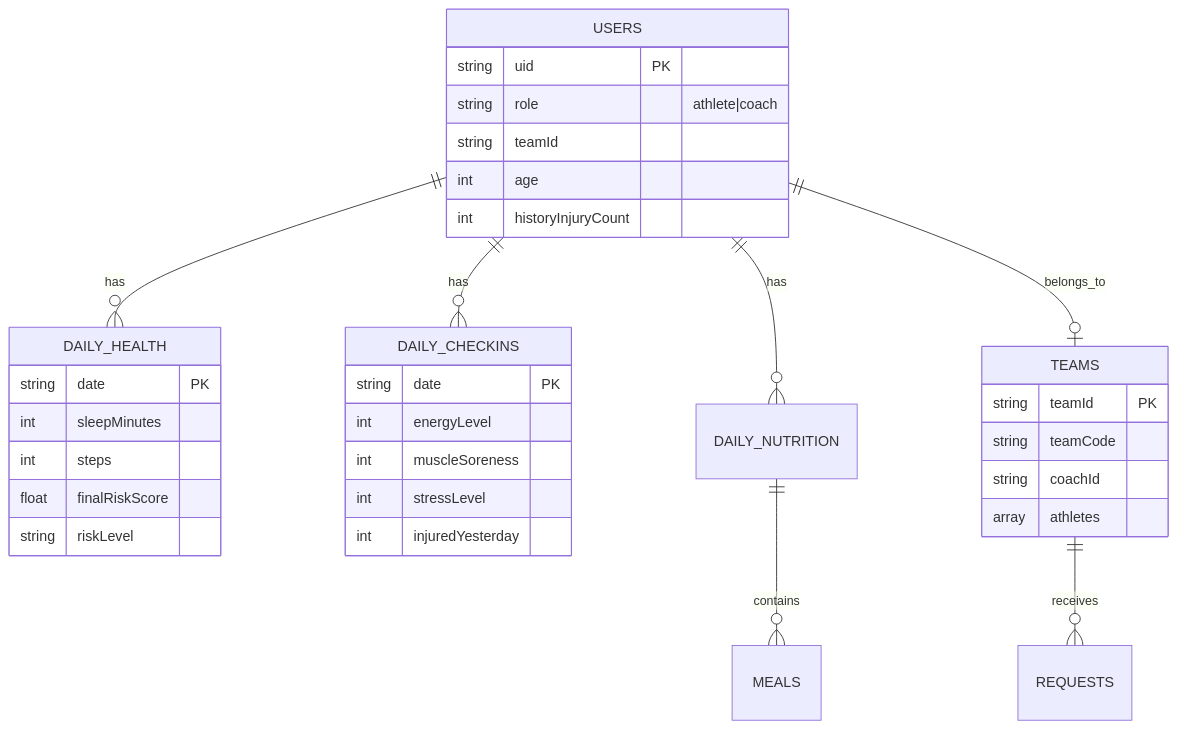
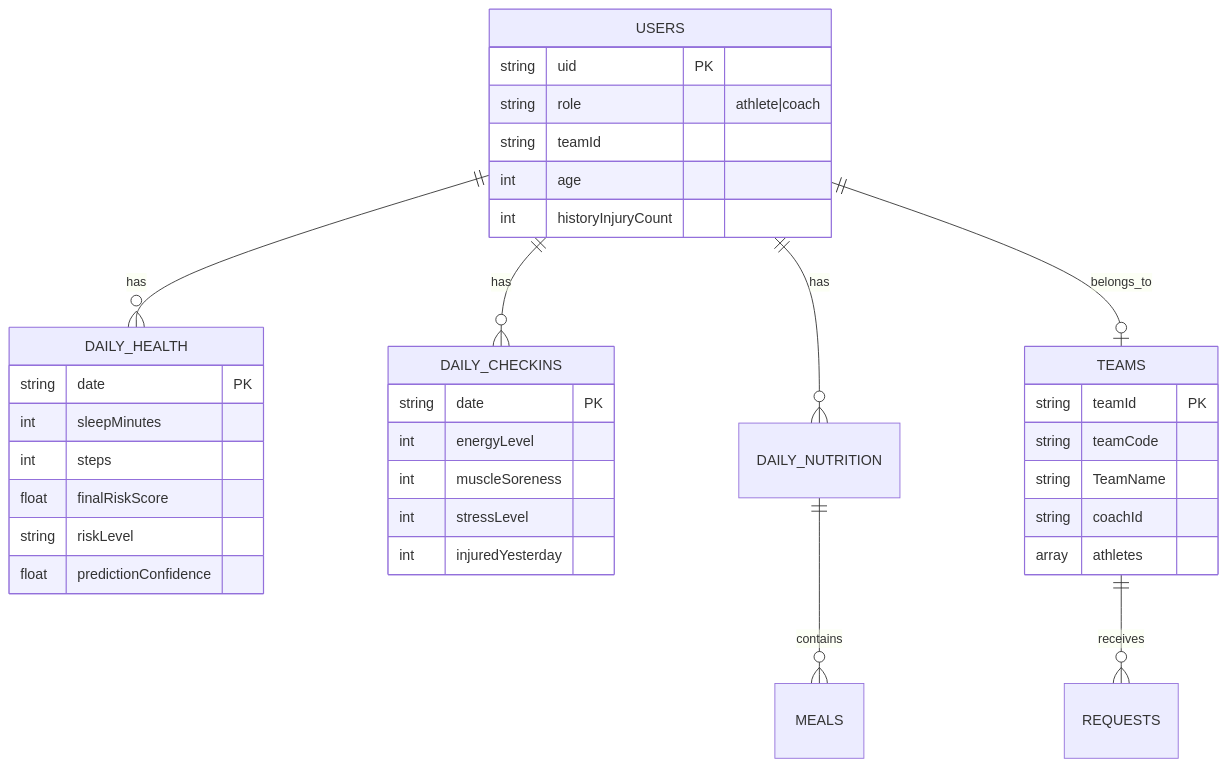
Before and after one commit to yahav97/final_project_AthleAgent: the fifth of 5 diagrams in docs/HLD_PROJECT.md, drawn with Mermaid. The commit also changed other lines of this file and 8 other files, not shown here.

````diff
--- a/docs/HLD_PROJECT.md
+++ b/docs/HLD_PROJECT.md
@@ -189,40 +198,42 @@
 ```mermaid
 erDiagram
     USERS ||--o{ DAILY_HEALTH : has
     USERS ||--o{ DAILY_CHECKINS : has
     USERS ||--o{ DAILY_NUTRITION : has
     DAILY_NUTRITION ||--o{ MEALS : contains
     TEAMS ||--o{ REQUESTS : receives
     USERS ||--o| TEAMS : belongs_to
 
     USERS {
         string uid PK
         string role "athlete|coach"
         string teamId
         int age
         int historyInjuryCount
     }
 
     DAILY_HEALTH {
         string date PK
         int sleepMinutes
         int steps
         float finalRiskScore
         string riskLevel
+        float predictionConfidence
     }
 
     DAILY_CHECKINS {
         string date PK
         int energyLevel
         int muscleSoreness
         int stressLevel
         int injuredYesterday
     }
 
     TEAMS {
         string teamId PK
         string teamCode
+        string TeamName
         string coachId
         array athletes
     }
 ```
````
